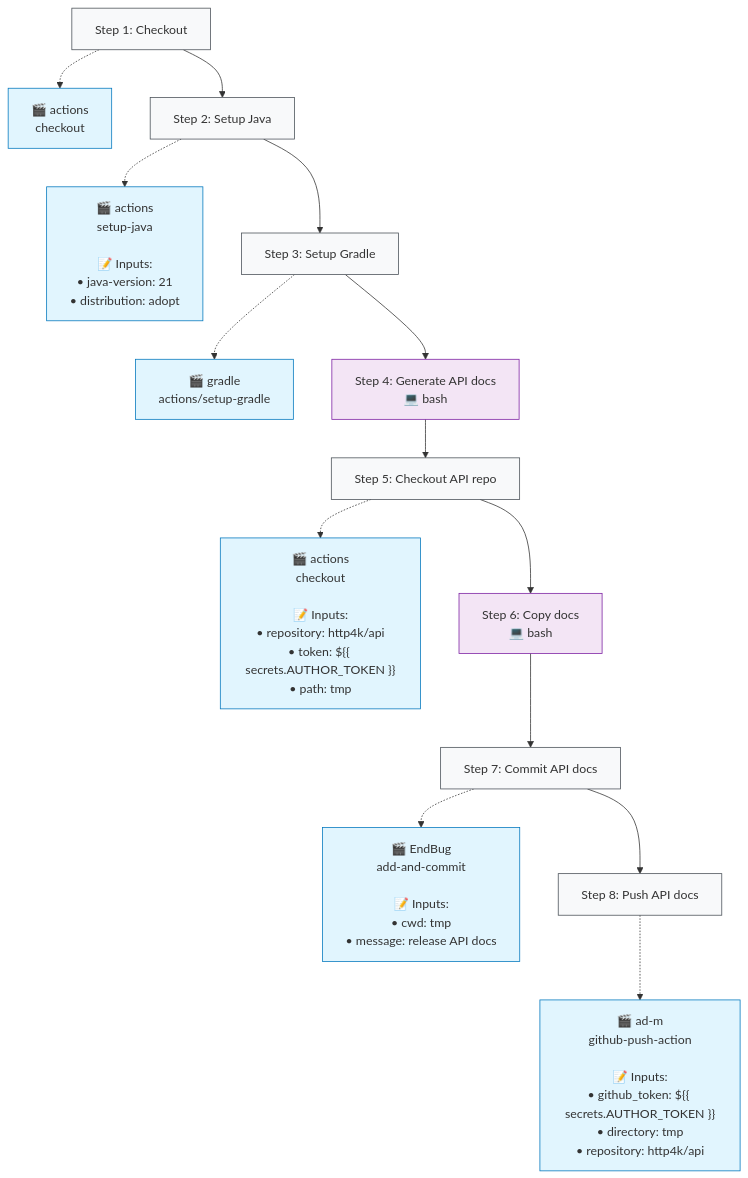
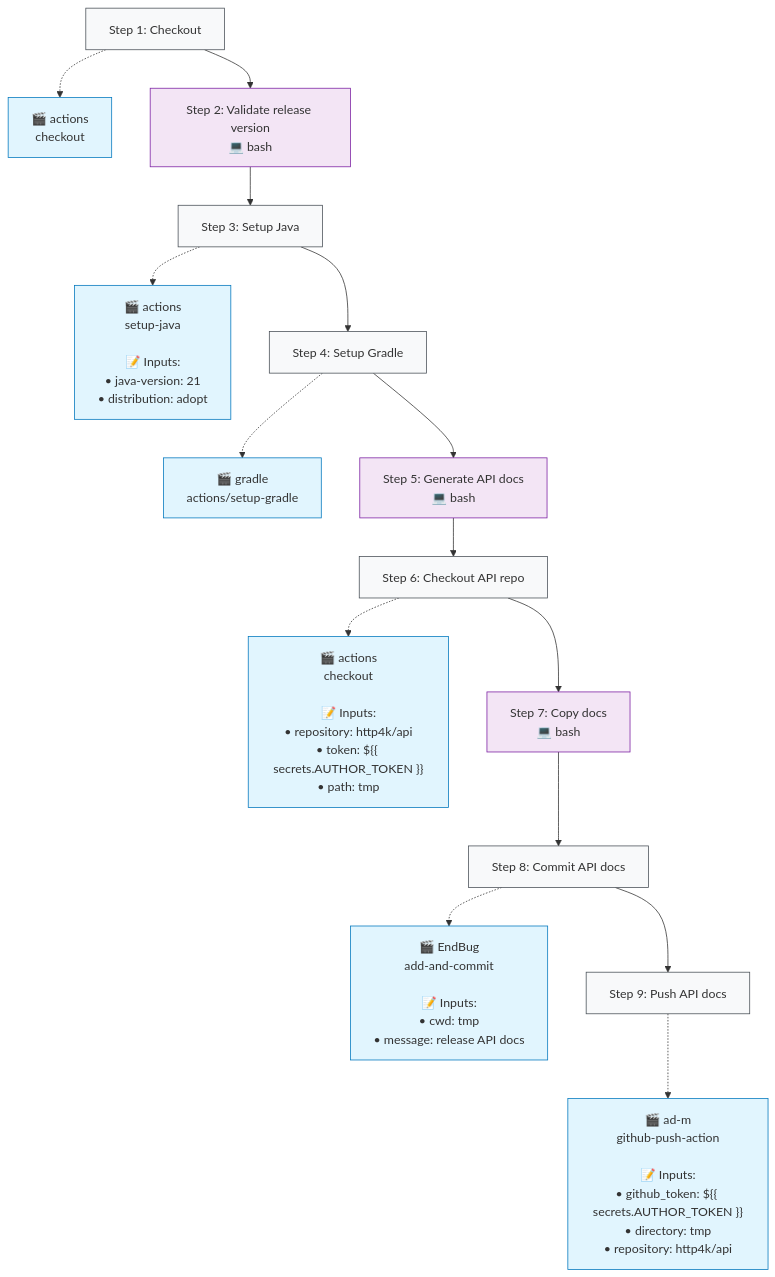
Before and after one commit to http4k/http4k: the second of 2 diagrams in .github/typeflows/release-api/README.md, drawn with Mermaid. The commit also changed 12 other files, not shown here.

````diff
--- a/.github/typeflows/release-api/README.md
+++ b/.github/typeflows/release-api/README.md
@@ -24,45 +24,48 @@
 ```mermaid
 %%{init: {"flowchart": {"curve": "basis"}}}%%
 flowchart TD
     step1["Step 1: Checkout"]
     style step1 fill:#f8f9fa,stroke:#495057
     action1["🎬 actions<br/>checkout"]
     style action1 fill:#e1f5fe,stroke:#0277bd
     step1 -.-> action1
-    step2["Step 2: Setup Java"]
-    style step2 fill:#f8f9fa,stroke:#495057
-    action2["🎬 actions<br/>setup-java<br/><br/>📝 Inputs:<br/>• java-version: 21<br/>• distribution: adopt"]
-    style action2 fill:#e1f5fe,stroke:#0277bd
-    step2 -.-> action2
+    step2["Step 2: Validate release version<br/>💻 bash"]
+    style step2 fill:#f3e5f5,stroke:#7b1fa2
     step1 --> step2
-    step3["Step 3: Setup Gradle"]
+    step3["Step 3: Setup Java"]
     style step3 fill:#f8f9fa,stroke:#495057
-    action3["🎬 gradle<br/>actions/setup-gradle"]
+    action3["🎬 actions<br/>setup-java<br/><br/>📝 Inputs:<br/>• java-version: 21<br/>• distribution: adopt"]
     style action3 fill:#e1f5fe,stroke:#0277bd
     step3 -.-> action3
     step2 --> step3
-    step4["Step 4: Generate API docs<br/>💻 bash"]
-    style step4 fill:#f3e5f5,stroke:#7b1fa2
+    step4["Step 4: Setup Gradle"]
+    style step4 fill:#f8f9fa,stroke:#495057
+    action4["🎬 gradle<br/>actions/setup-gradle"]
+    style action4 fill:#e1f5fe,stroke:#0277bd
+    step4 -.-> action4
     step3 --> step4
-    step5["Step 5: Checkout API repo"]
-    style step5 fill:#f8f9fa,stroke:#495057
-    action5["🎬 actions<br/>checkout<br/><br/>📝 Inputs:<br/>• repository: http4k/api<br/>• token: ${{ secrets.AUTHOR_TOKEN }}<br/>• path: tmp"]
-    style action5 fill:#e1f5fe,stroke:#0277bd
-    step5 -.-> action5
+    step5["Step 5: Generate API docs<br/>💻 bash"]
+    style step5 fill:#f3e5f5,stroke:#7b1fa2
     step4 --> step5
-    step6["Step 6: Copy docs<br/>💻 bash"]
-    style step6 fill:#f3e5f5,stroke:#7b1fa2
+    step6["Step 6: Checkout API repo"]
+    style step6 fill:#f8f9fa,stroke:#495057
+    action6["🎬 actions<br/>checkout<br/><br/>📝 Inputs:<br/>• repository: http4k/api<br/>• token: ${{ secrets.AUTHOR_TOKEN }}<br/>• path: tmp"]
+    style action6 fill:#e1f5fe,stroke:#0277bd
+    step6 -.-> action6
     step5 --> step6
-    step7["Step 7: Commit API docs"]
-    style step7 fill:#f8f9fa,stroke:#495057
-    action7["🎬 EndBug<br/>add-and-commit<br/><br/>📝 Inputs:<br/>• cwd: tmp<br/>• message: release API docs"]
-    style action7 fill:#e1f5fe,stroke:#0277bd
-    step7 -.-> action7
+    step7["Step 7: Copy docs<br/>💻 bash"]
+    style step7 fill:#f3e5f5,stroke:#7b1fa2
     step6 --> step7
-    step8["Step 8: Push API docs"]
+    step8["Step 8: Commit API docs"]
     style step8 fill:#f8f9fa,stroke:#495057
-    action8["🎬 ad-m<br/>github-push-action<br/><br/>📝 Inputs:<br/>• github_token: ${{ secrets.AUTHOR_TOKEN }}<br/>• directory: tmp<br/>• repository: http4k/api"]
+    action8["🎬 EndBug<br/>add-and-commit<br/><br/>📝 Inputs:<br/>• cwd: tmp<br/>• message: release API docs"]
     style action8 fill:#e1f5fe,stroke:#0277bd
     step8 -.-> action8
     step7 --> step8
+    step9["Step 9: Push API docs"]
+    style step9 fill:#f8f9fa,stroke:#495057
+    action9["🎬 ad-m<br/>github-push-action<br/><br/>📝 Inputs:<br/>• github_token: ${{ secrets.AUTHOR_TOKEN }}<br/>• directory: tmp<br/>• repository: http4k/api"]
+    style action9 fill:#e1f5fe,stroke:#0277bd
+    step9 -.-> action9
+    step8 --> step9
 ```
````
